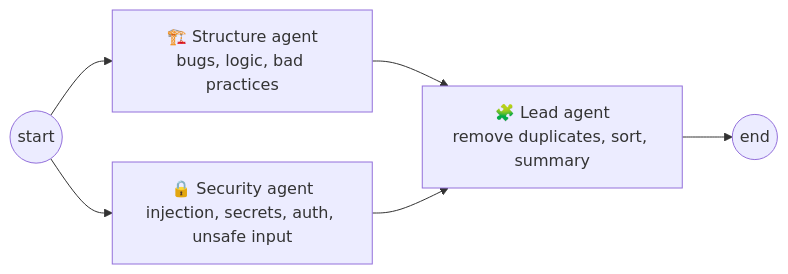
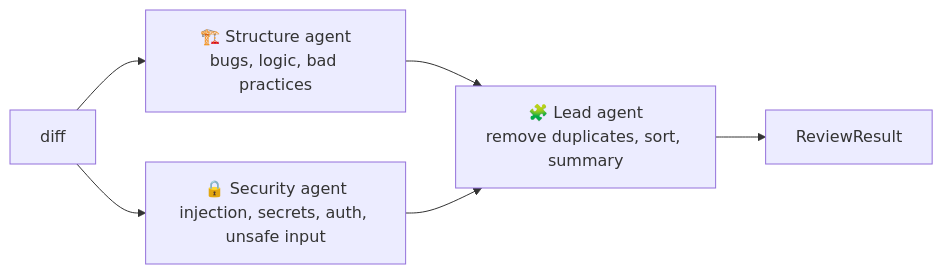
One commit to dolishaa29/RepoSage changed the second of 3 diagrams in README.md. Above: the diagram before and after it, drawn with Mermaid. The commit also changed other lines of this file, not shown here.

````diff
--- a/README.md
+++ b/README.md
@@ -58,8 +58,8 @@
 ```mermaid
 flowchart LR
-    S((start)) --> A["🏗️ Structure agent<br/>bugs, logic, bad practices"]
-    S --> B["🔒 Security agent<br/>injection, secrets, auth, unsafe input"]
+    D[diff] --> A["🏗️ Structure agent<br/>bugs, logic, bad practices"]
+    D --> B["🔒 Security agent<br/>injection, secrets, auth, unsafe input"]
     A --> L["🧩 Lead agent<br/>remove duplicates, sort, summary"]
     B --> L
-    L --> E((end))
+    L --> R[ReviewResult]
 ```
````
